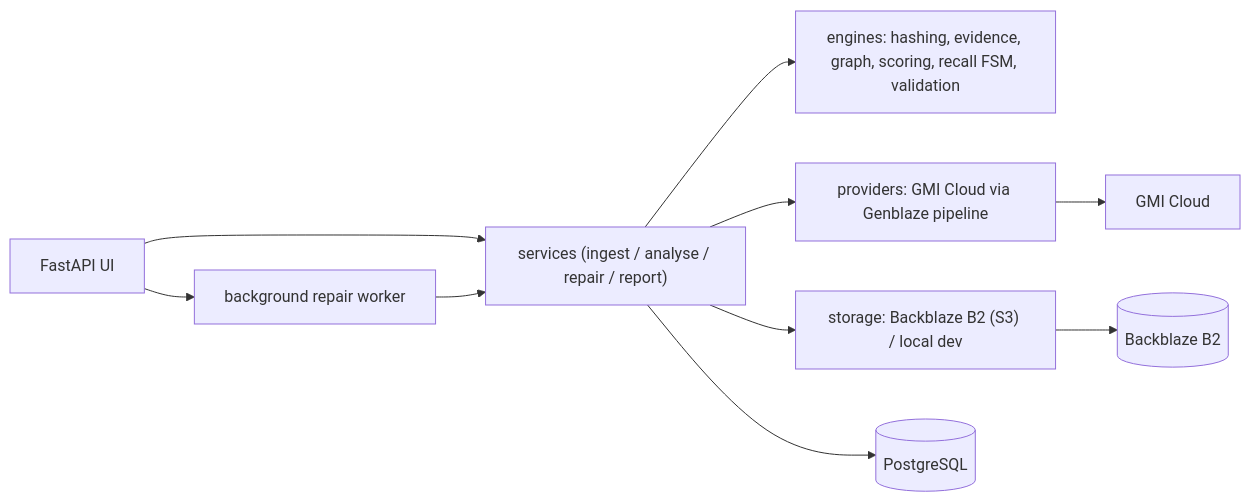
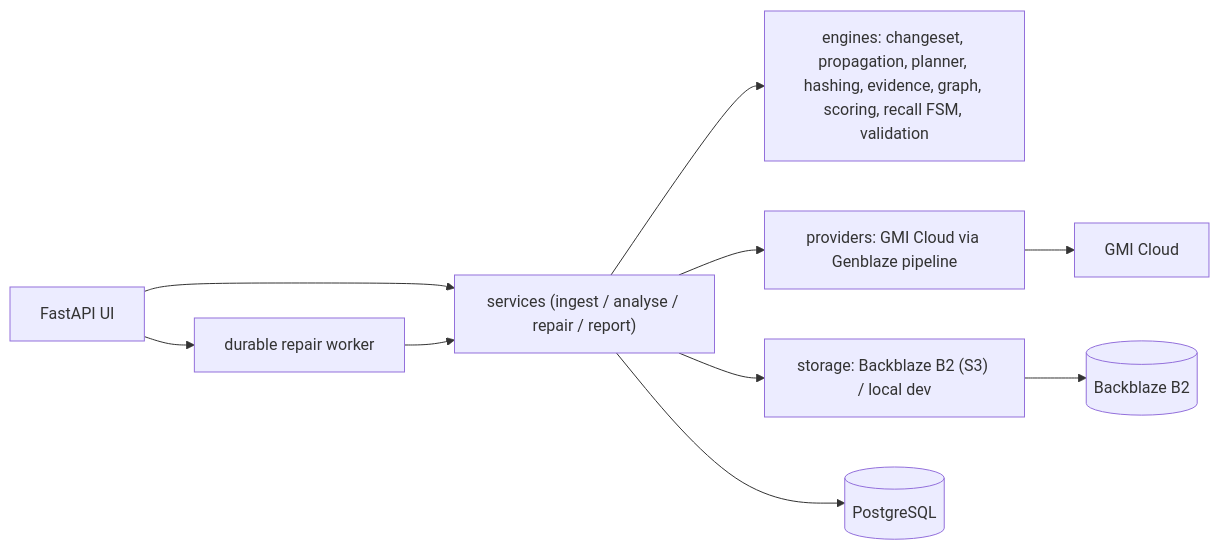
One commit to azzamsaif1/TraceMind changed the diagram in README.md. Above: the diagram before and after it, drawn with Mermaid. The commit also changed other lines of this file and 12 other files, not shown here.

Commit message:
Product homepage, judge Run-Live entry, Northstar generalisation recall, submission evidence, enriched diagnostics, secret-scan CI

````diff
--- a/README.md
+++ b/README.md
@@ -47,12 +104,12 @@
 ```mermaid
 flowchart LR
     UI["FastAPI UI"] --> SVC["services (ingest / analyse / repair / report)"]
-    SVC --> ENG["engines: hashing, evidence, graph, scoring, recall FSM, validation"]
+    SVC --> ENG["engines: changeset, propagation, planner, hashing, evidence, graph, scoring, recall FSM, validation"]
     SVC --> PROV["providers: GMI Cloud via Genblaze pipeline"]
     SVC --> STORE["storage: Backblaze B2 (S3) / local dev"]
     SVC --> DB[("PostgreSQL")]
     STORE --> B2[("Backblaze B2")]
     PROV --> GMI["GMI Cloud"]
-    JOBS["background repair worker"] --> SVC
+    JOBS["durable repair worker"] --> SVC
     UI --> JOBS
 ```
````
